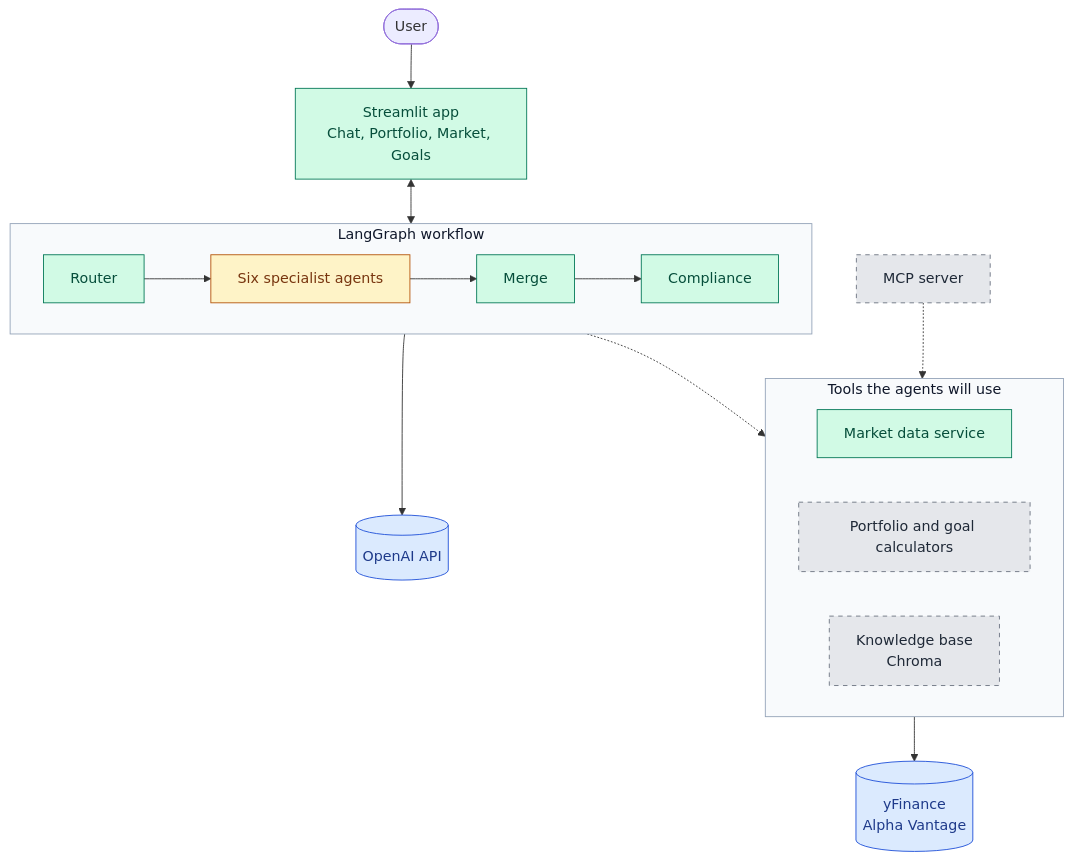
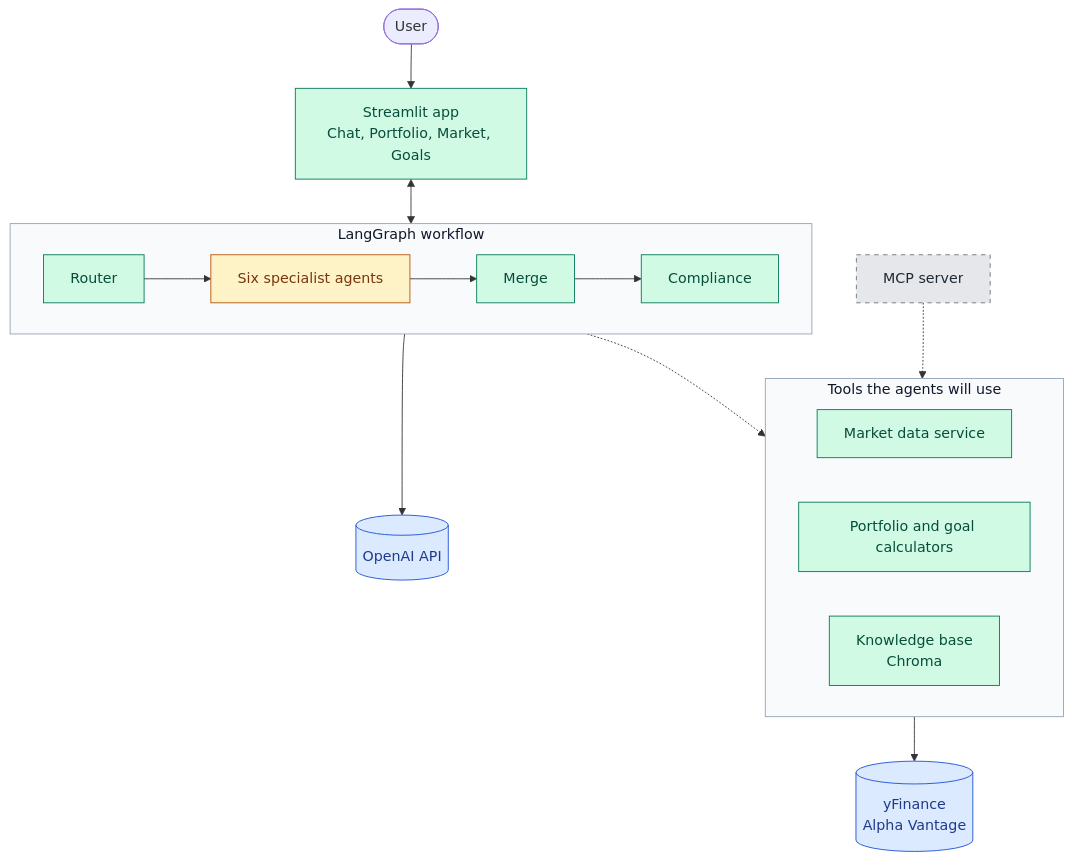
One commit to sushmakrishna-tech/agenticAI changed the first of 5 diagrams in Capstone1/ai_finance_assistant/docs/DESIGN.md. Above: the diagram before and after it, drawn with Mermaid. The commit also changed other lines of this file and 82 other files, not shown here.

````diff
--- a/Capstone1/ai_finance_assistant/docs/DESIGN.md
+++ b/Capstone1/ai_finance_assistant/docs/DESIGN.md
@@ -19,36 +20,36 @@
 ```mermaid
 flowchart TB
     user(["User"]) --> ui["Streamlit app<br/>Chat, Portfolio, Market, Goals"]
     ui <--> workflow
 
     subgraph workflow["LangGraph workflow"]
         direction LR
         router["Router"] --> agents["Six specialist agents"]
         agents --> merge["Merge"]
         merge --> compliance["Compliance"]
     end
 
     workflow --> openai[("OpenAI API")]
     workflow -.-> tools
     mcp["MCP server"] -.-> tools
 
     subgraph tools["Tools the agents will use"]
         direction LR
         market["Market data service"]
         calculators["Portfolio and goal calculators"]
         rag["Knowledge base<br/>Chroma"]
     end
 
     tools --> providers[("yFinance<br/>Alpha Vantage")]
 
     classDef built fill:#d1fae5,stroke:#047857,color:#064e3b
     classDef stub fill:#fef3c7,stroke:#b45309,color:#78350f
     classDef planned fill:#e5e7eb,stroke:#6b7280,color:#1f2937,stroke-dasharray:5 5
     classDef external fill:#dbeafe,stroke:#1d4ed8,color:#1e3a8a
-    class ui,router,merge,compliance,market built
+    class ui,router,merge,compliance,market,calculators,rag built
     class agents stub
-    class calculators,rag,mcp planned
+    class mcp planned
     class openai,providers external
     style workflow fill:#f8fafc,stroke:#94a3b8,color:#0f172a
     style tools fill:#f8fafc,stroke:#94a3b8,color:#0f172a
 ```
````
